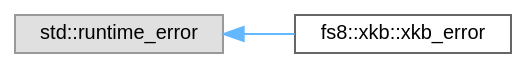
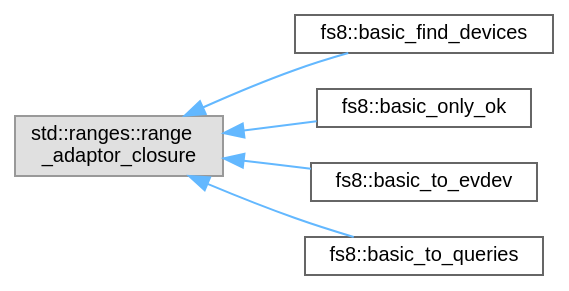
Before and after one commit to the-moisrex/foresight: the diagram in api/inherit_graph_119.dot, drawn with Graphviz. The commit also changed 131 other files, not shown here.

```diff
--- a/api/inherit_graph_119.dot
+++ b/api/inherit_graph_119.dot
@@ -1,11 +1,17 @@
 digraph "Graphical Class Hierarchy"
 {
  // LATEX_PDF_SIZE
   bgcolor="transparent";
   edge [fontname=Helvetica,fontsize=10,labelfontname=Helvetica,labelfontsize=10];
   node [fontname=Helvetica,fontsize=10,shape=box,height=0.2,width=0.4];
   rankdir="LR";
-  Node0 [id="Node000000",label="std::runtime_error",height=0.2,width=0.4,color="grey60", fillcolor="#E0E0E0", style="filled",tooltip=" "];
-  Node0 -> Node1 [id="edge90_Node000000_Node000001",dir="back",color="steelblue1",style="solid",tooltip=" "];
-  Node1 [id="Node000001",label="fs8::xkb::xkb_error",height=0.2,width=0.4,color="grey40", fillcolor="white", style="filled",URL="$structfs8_1_1xkb_1_1xkb__error.html",tooltip="Exception type."];
+  Node0 [id="Node000000",label="std::ranges::range\l_adaptor_closure",height=0.2,width=0.4,color="grey60", fillcolor="#E0E0E0", style="filled",tooltip=" "];
+  Node0 -> Node1 [id="edge86_Node000000_Node000001",dir="back",color="steelblue1",style="solid",tooltip=" "];
+  Node1 [id="Node000001",label="fs8::basic_find_devices",height=0.2,width=0.4,color="grey40", fillcolor="white", style="filled",URL="$structfs8_1_1basic__find__devices.html",tooltip=" "];
+  Node0 -> Node2 [id="edge87_Node000000_Node000002",dir="back",color="steelblue1",style="solid",tooltip=" "];
+  Node2 [id="Node000002",label="fs8::basic_only_ok",height=0.2,width=0.4,color="grey40", fillcolor="white", style="filled",URL="$structfs8_1_1basic__only__ok.html",tooltip=" "];
+  Node0 -> Node3 [id="edge88_Node000000_Node000003",dir="back",color="steelblue1",style="solid",tooltip=" "];
+  Node3 [id="Node000003",label="fs8::basic_to_evdev",height=0.2,width=0.4,color="grey40", fillcolor="white", style="filled",URL="$structfs8_1_1basic__to__evdev.html",tooltip=" "];
+  Node0 -> Node4 [id="edge89_Node000000_Node000004",dir="back",color="steelblue1",style="solid",tooltip=" "];
+  Node4 [id="Node000004",label="fs8::basic_to_queries",height=0.2,width=0.4,color="grey40", fillcolor="white", style="filled",URL="$structfs8_1_1basic__to__queries.html",tooltip=" "];
 }
```
